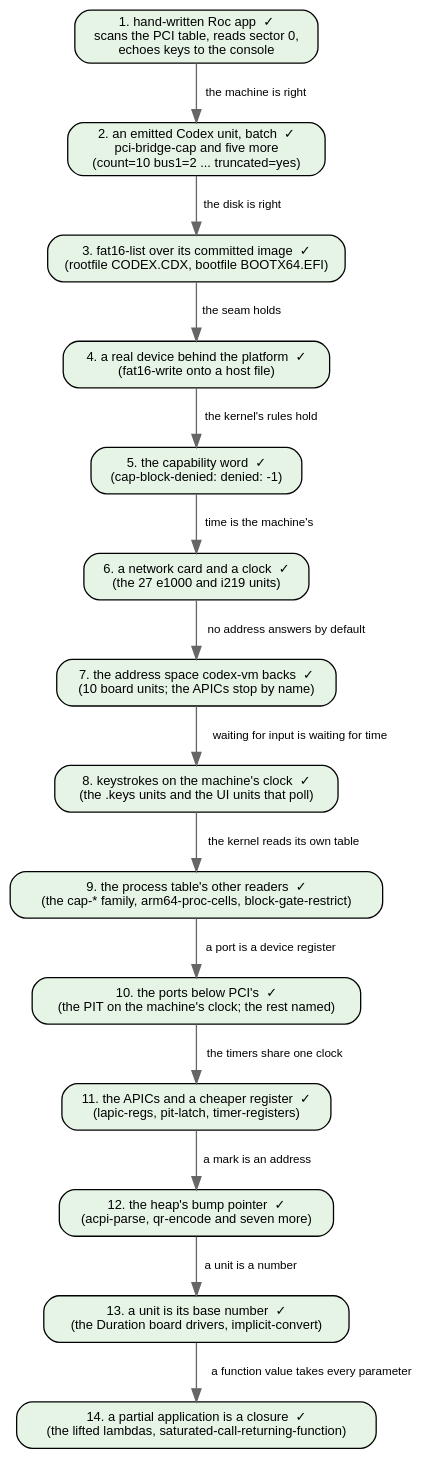
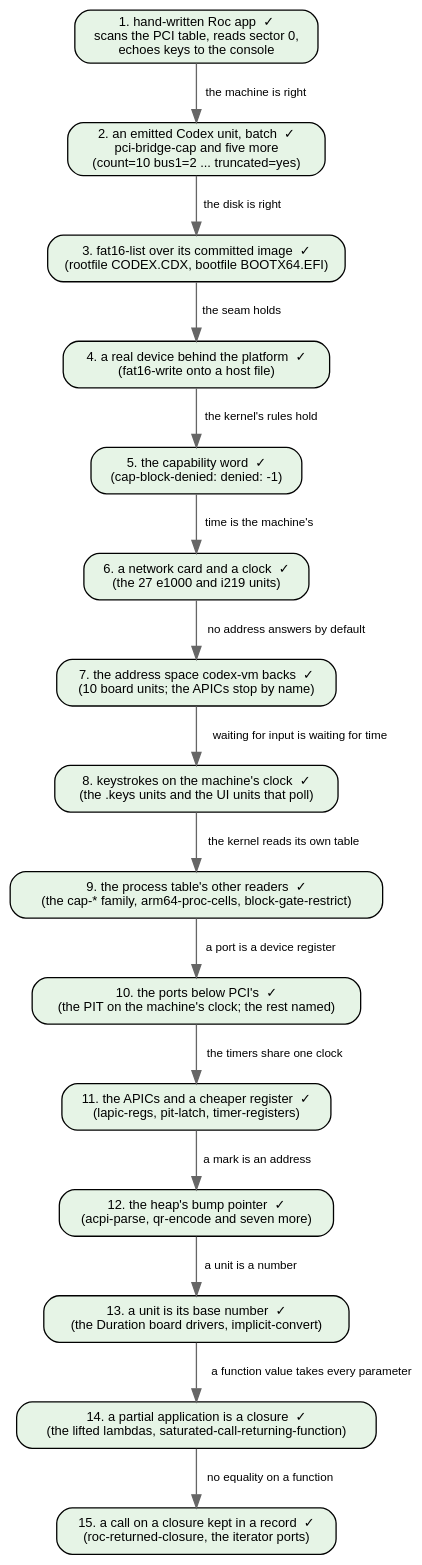
Before and after one commit to showell/essay-repl-server: diagram 11 of 11 in notes/roc-machine-emulator.md, drawn with Graphviz. The commit also changed other lines of this file, not shown here.

First line of the commit message:
roc-machine-emulator: step 15, a call on a closure kept in a record

````diff
--- a/notes/roc-machine-emulator.md
+++ b/notes/roc-machine-emulator.md
@@ -921,35 +947,37 @@
 ```dot
 digraph demo {
   rankdir=TB; bgcolor="transparent";
   node [shape=box style="rounded,filled" fontname="Helvetica" fontsize=10 fillcolor="#ffffff"];
   edge [fontname="Helvetica" fontsize=9 color="#666666"];
 
   a [label="1. hand-written Roc app  ✓\nscans the PCI table, reads sector 0,\nechoes keys to the console" fillcolor="#e6f4e6"];
   b [label="2. an emitted Codex unit, batch  ✓\npci-bridge-cap and five more\n(count=10 bus1=2 ... truncated=yes)" fillcolor="#e6f4e6"];
   c [label="3. fat16-list over its committed image  ✓\n(rootfile CODEX.CDX, bootfile BOOTX64.EFI)" fillcolor="#e6f4e6"];
   d [label="4. a real device behind the platform  ✓\n(fat16-write onto a host file)" fillcolor="#e6f4e6"];
   e [label="5. the capability word  ✓\n(cap-block-denied: denied: -1)" fillcolor="#e6f4e6"];
   f [label="6. a network card and a clock  ✓\n(the 27 e1000 and i219 units)" fillcolor="#e6f4e6"];
   g [label="7. the address space codex-vm backs  ✓\n(10 board units; the APICs stop by name)" fillcolor="#e6f4e6"];
   h [label="8. keystrokes on the machine's clock  ✓\n(the .keys units and the UI units that poll)" fillcolor="#e6f4e6"];
   i [label="9. the process table's other readers  ✓\n(the cap-* family, arm64-proc-cells, block-gate-restrict)" fillcolor="#e6f4e6"];
   j [label="10. the ports below PCI's  ✓\n(the PIT on the machine's clock; the rest named)" fillcolor="#e6f4e6"];
   k [label="11. the APICs and a cheaper register  ✓\n(lapic-regs, pit-latch, timer-registers)" fillcolor="#e6f4e6"];
   l [label="12. the heap's bump pointer  ✓\n(acpi-parse, qr-encode and seven more)" fillcolor="#e6f4e6"];
   m [label="13. a unit is its base number  ✓\n(the Duration board drivers, implicit-convert)" fillcolor="#e6f4e6"];
   n [label="14. a partial application is a closure  ✓\n(the lifted lambdas, saturated-call-returning-function)" fillcolor="#e6f4e6"];
+  o [label="15. a call on a closure kept in a record  ✓\n(roc-returned-closure, the iterator ports)" fillcolor="#e6f4e6"];
   a -> b [label="the machine is right"];
   b -> c [label="the disk is right"];
   c -> d [label="the seam holds"];
   d -> e [label="the kernel's rules hold"];
   e -> f [label="time is the machine's"];
   f -> g [label="no address answers by default"];
   g -> h [label="waiting for input is waiting for time"];
   h -> i [label="the kernel reads its own table"];
   i -> j [label="a port is a device register"];
   j -> k [label="the timers share one clock"];
   k -> l [label="a mark is an address"];
   l -> m [label="a unit is a number"];
   m -> n [label="a function value takes every parameter"];
+  n -> o [label="no equality on a function"];
 }
 ```
````
